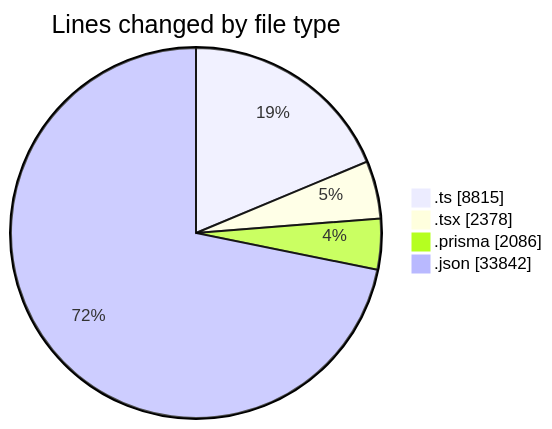
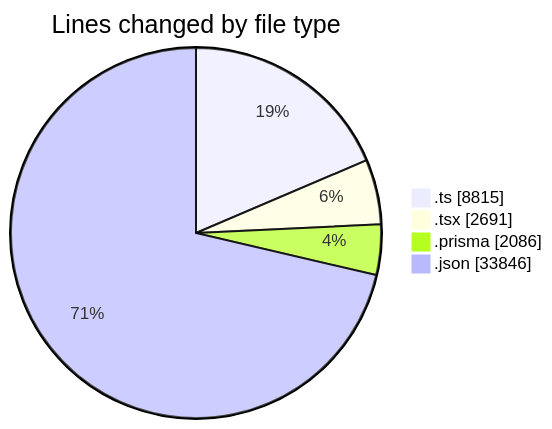
The first of 2 diagrams in 2025-05-19/ecodeli-1/README.md (CELIANVF/code-tracking), drawn with Mermaid before and after one commit. The commit also changed other lines of this file and 1 other file, not shown here.

````diff
--- a/2025-05-19/ecodeli-1/README.md
+++ b/2025-05-19/ecodeli-1/README.md
@@ -52,8 +53,8 @@
 ```mermaid
 pie showData
 title Lines changed by file type
 ".ts" : 8815
-".tsx" : 2378
+".tsx" : 2691
 ".prisma" : 2086
-".json" : 33842
+".json" : 33846
 ```
````
